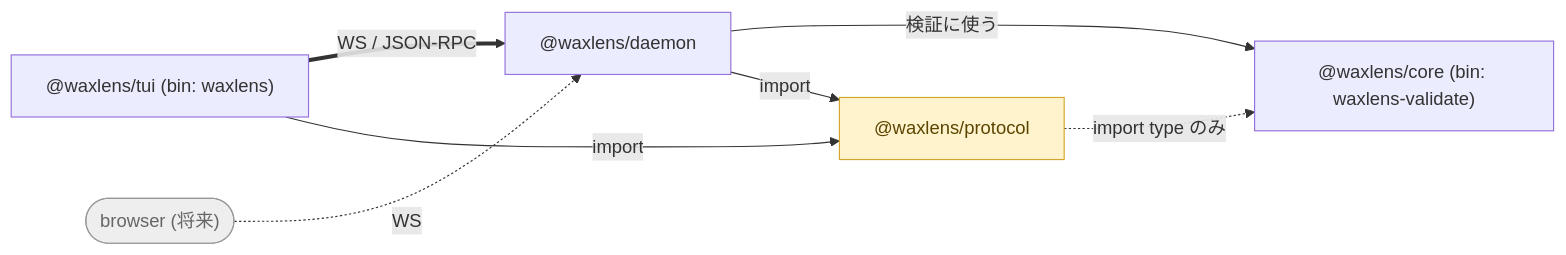
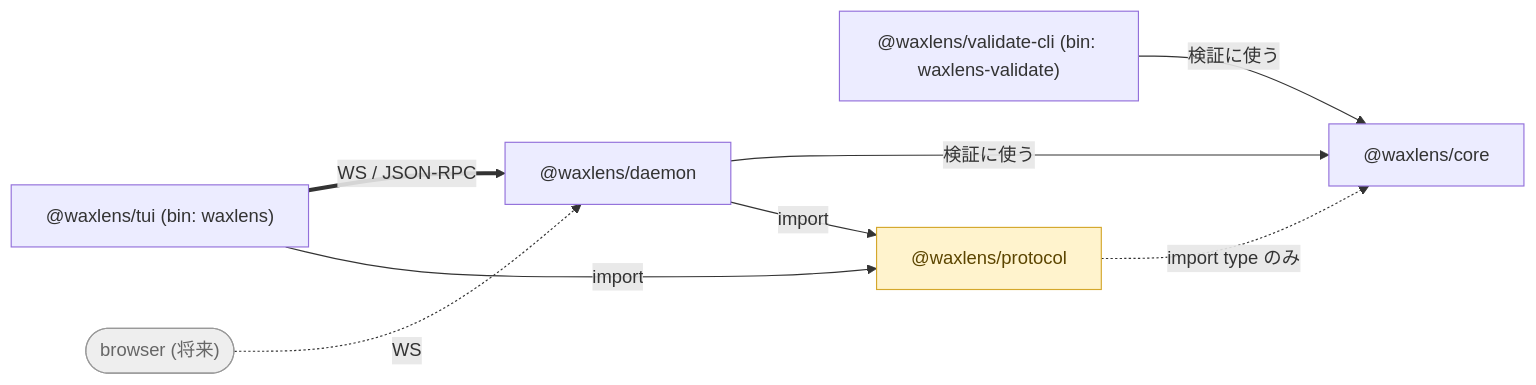
Before and after one commit to uraitakahito/waxlens: the diagram in docs-site/src/content/docs/ja/index.mdx, drawn with Mermaid. The commit also changed 25 other files, not shown here.

First line of the commit message:
feat!: waxlens-validate を @waxlens/validate-cli に切り出す (#132)

````diff
--- a/docs-site/src/content/docs/ja/index.mdx
+++ b/docs-site/src/content/docs/ja/index.mdx
@@ -36,14 +36,15 @@
 ```mermaid
 flowchart LR
     tui["@waxlens/tui (bin: waxlens)"] ==>|"WS / JSON-RPC"| daemon["@waxlens/daemon"]
     browser(["browser (将来)"]) -.->|"WS"| daemon
-    daemon -->|"検証に使う"| core["@waxlens/core (bin: waxlens-validate)"]
+    cli["@waxlens/validate-cli (bin: waxlens-validate)"] -->|"検証に使う"| core["@waxlens/core"]
+    daemon -->|"検証に使う"| core
     tui -->|import| protocol["@waxlens/protocol"]
     daemon -->|import| protocol
     protocol -.->|"import type のみ"| core
 
     classDef contract fill:#fff3cd,stroke:#d4a72c,color:#5c4500;
     classDef future fill:#eeeeee,stroke:#999999,color:#666666;
     class protocol contract;
     class browser future;
 ```
````
